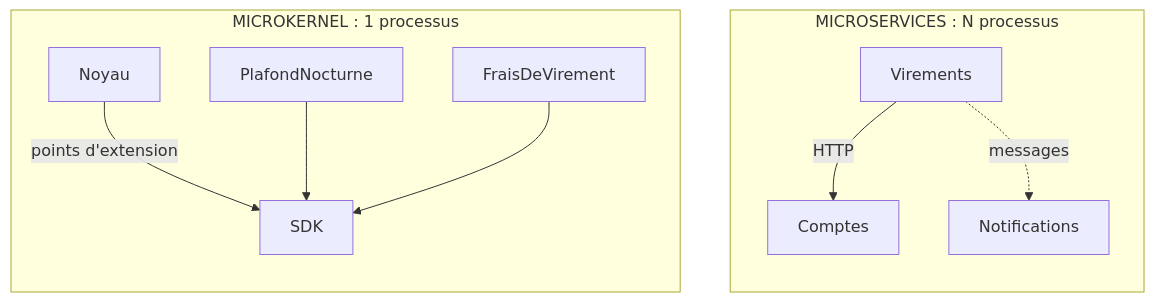
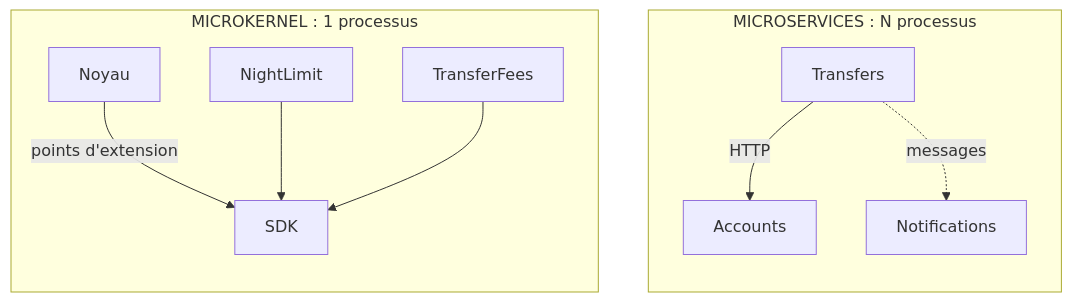
The diagram in Docs/differences/11-microkernel-vs-microservices.md (drangoht/ArchitecturesDemo), drawn with Mermaid before and after one commit. The commit also changed other lines of this file and 70 other files, not shown here.

Commit message:
Docs FR : identifiants, liens, diagrammes et sorties alignés sur le code anglais

````diff
--- a/Docs/differences/11-microkernel-vs-microservices.md
+++ b/Docs/differences/11-microkernel-vs-microservices.md
@@ -39,15 +39,15 @@
 ```mermaid
 flowchart LR
     subgraph K["MICROKERNEL : 1 processus"]
         direction TB
         N["Noyau"] -->|"points d'extension"| SDK["SDK"]
-        P1["PlafondNocturne"] --> SDK
-        P2["FraisDeVirement"] --> SDK
+        P1["NightLimit"] --> SDK
+        P2["TransferFees"] --> SDK
     end
     subgraph M["MICROSERVICES : N processus"]
         direction TB
-        V["Virements"] -->|"HTTP"| C["Comptes"]
+        V["Transfers"] -->|"HTTP"| C["Accounts"]
         V -.->|"messages"| NO["Notifications"]
     end
     K ~~~ M
 ```
````
